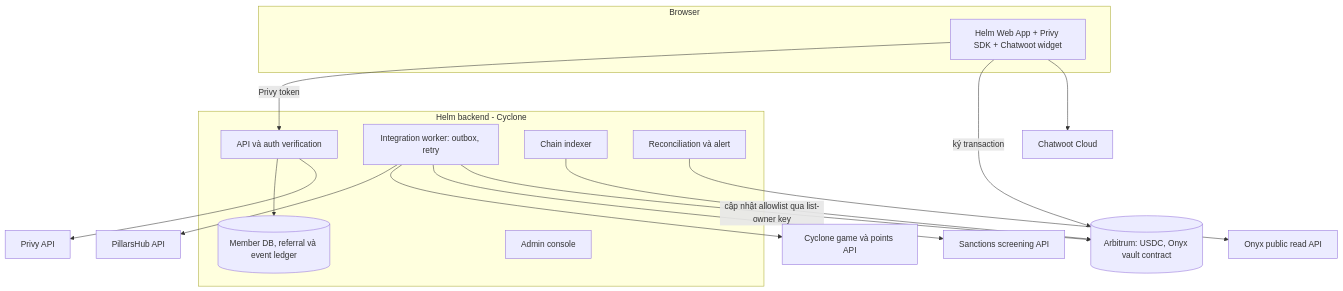
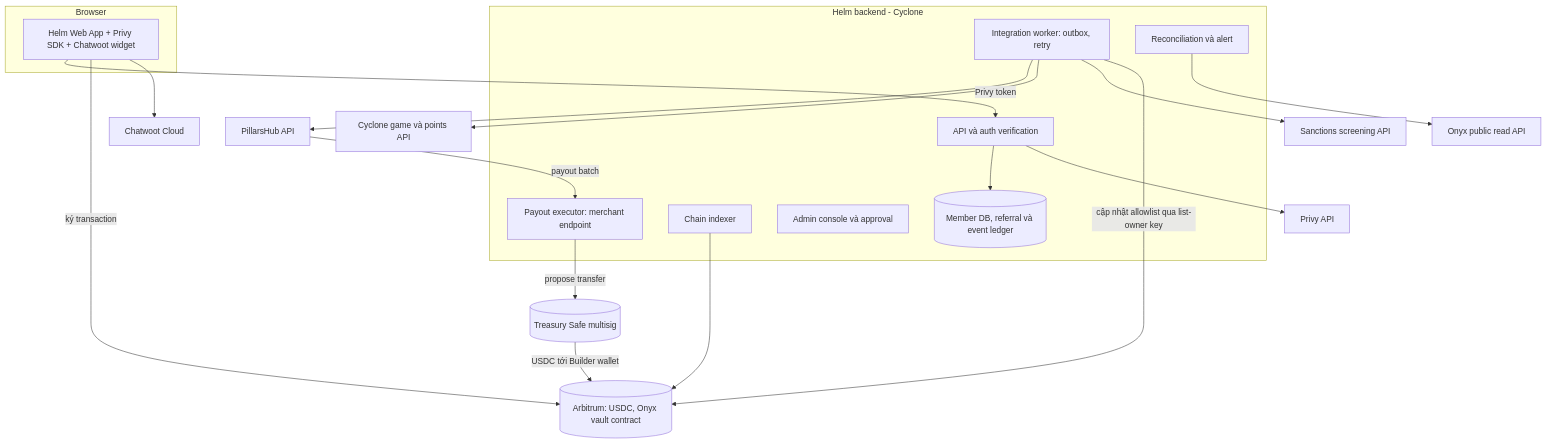
The first of 8 diagrams in work/vi/part2-vi.md (lpham/Helm-Phase-0), drawn with Mermaid before and after one commit. The commit also changed other lines of this file and 19 other files, not shown here.

````diff
--- a/work/vi/part2-vi.md
+++ b/work/vi/part2-vi.md
@@ -54,25 +95,29 @@
 ```{.mermaid #fig-architecture caption="Kiến trúc kỹ thuật và các trust boundary."}
 flowchart TB
   subgraph Browser
     APP[Helm Web App + Privy SDK + Chatwoot widget]
   end
   subgraph Helm backend - Cyclone
     API[API và auth verification]
     DB[(Member DB, referral và event ledger)]
     INT[Integration worker: outbox, retry]
     IDX[Chain indexer]
     REC[Reconciliation và alert]
-    ADM[Admin console]
+    ADM[Admin console và approval]
+    PAYX[Payout executor: merchant endpoint]
   end
   APP -->|Privy token| API
   APP -->|ký transaction| CHAIN[(Arbitrum: USDC, Onyx vault contract)]
   API --> DB
   INT --> PH[PillarsHub API]
   INT --> GAME[Cyclone game và points API]
   INT --> SCR[Sanctions screening API]
   INT -->|cập nhật allowlist qua list-owner key| CHAIN
   IDX --> CHAIN
   REC --> ONYXAPI[Onyx public read API]
+  PH -->|payout batch| PAYX
+  PAYX -->|propose transfer| SAFE[(Treasury Safe multisig)]
+  SAFE -->|USDC tới Builder wallet| CHAIN
   API --> PRIVY[Privy API]
   APP --> CW[Chatwoot Cloud]
 ```
````
